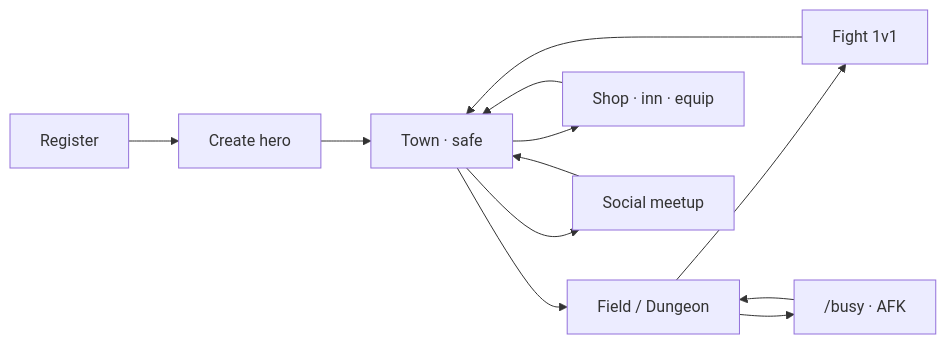
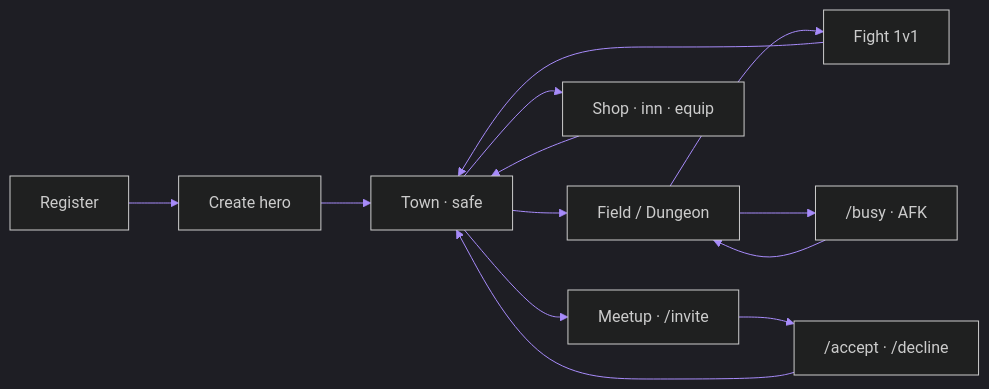
The first of 8 diagrams in README.md (Im-Nova-Dev/dq1_mmo), drawn with Mermaid before and after one commit. The commit also changed other lines of this file and 3 other files, not shown here.

First line of the commit message:
Docs: v0.5.142 accept/decline polish for GitHub humans.

````diff
--- a/README.md
+++ b/README.md
@@ -172,14 +179,16 @@
 ```mermaid
+%%{init: {'theme': 'dark', 'themeVariables': { 'primaryColor': '#312e81', 'primaryTextColor': '#e0e7ff', 'lineColor': '#a78bfa', 'secondaryColor': '#164e63', 'tertiaryColor': '#1e293b'}}}%%
 flowchart LR
   A[Register] --> B[Create hero]
   B --> C[Town · safe]
   C --> D[Field / Dungeon]
   D --> E[Fight 1v1]
   E --> C
   C --> F[Shop · inn · equip]
   F --> C
-  C --> G[Social meetup]
-  G --> C
+  C --> G["Meetup · /invite"]
+  G --> G2["/accept · /decline"]
+  G2 --> C
   D --> H["/busy · AFK"]
   H --> D
 ```
````
